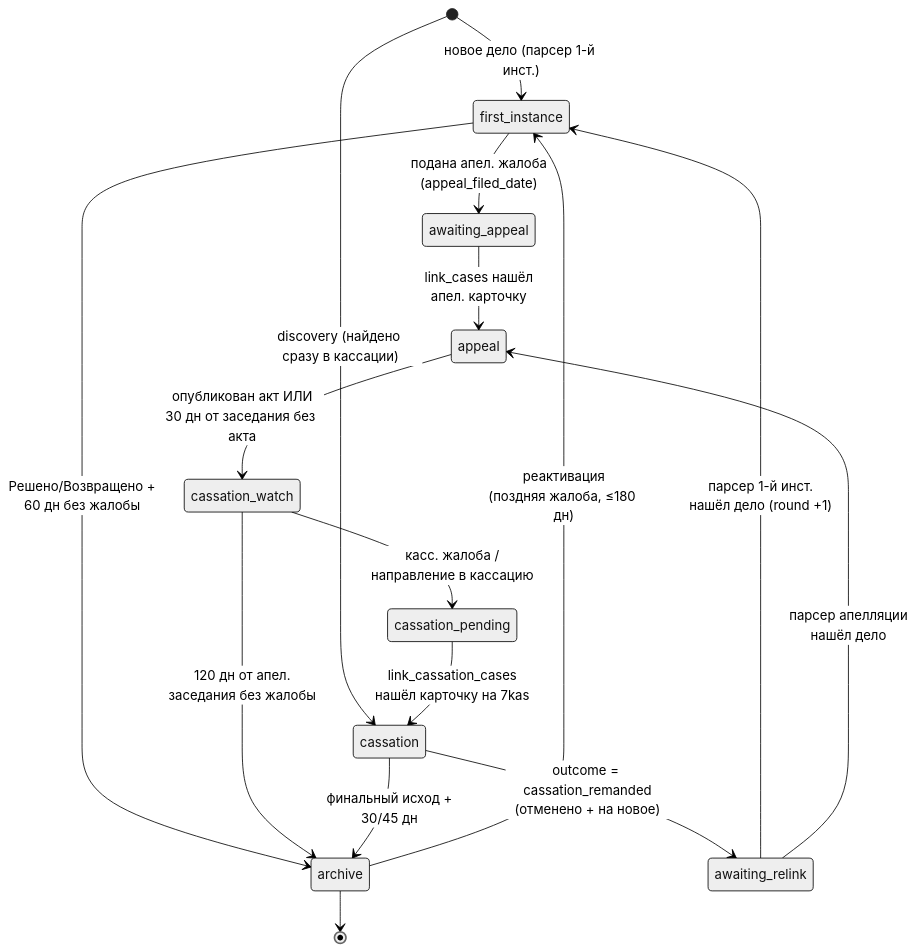
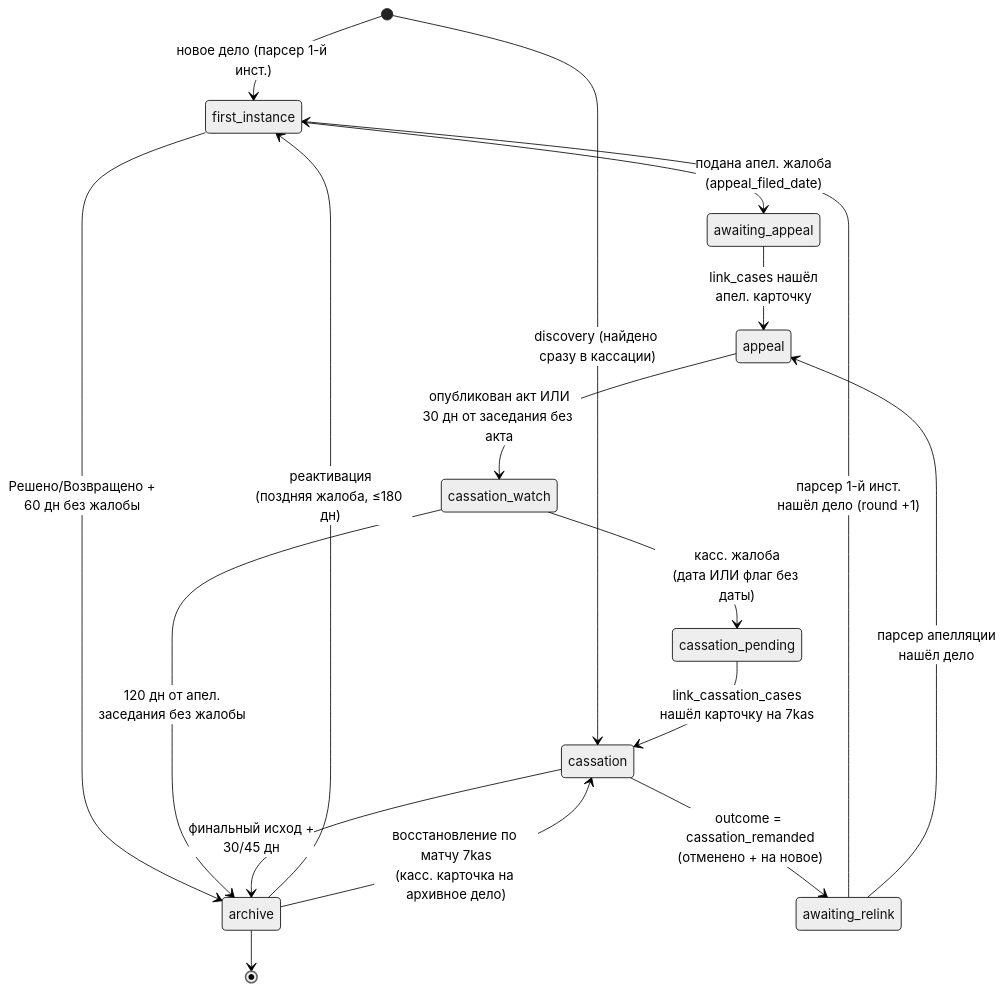
The diagram in docs/technical/03-жизненный-цикл-дела.md (SelivanovAS/dashboard), drawn with Mermaid (neutral theme) before and after one commit. The commit also changed other lines of this file and 9 other files, not shown here.

````diff
--- a/docs/technical/03-жизненный-цикл-дела.md
+++ b/docs/technical/03-жизненный-цикл-дела.md
@@ -31,27 +31,28 @@
 ```mermaid
 stateDiagram-v2
     [*] --> first_instance: новое дело (парсер 1-й инст.)
     [*] --> cassation: discovery (найдено сразу в кассации)
 
     first_instance --> awaiting_appeal: подана апел. жалоба<br/>(appeal_filed_date)
     first_instance --> archive: Решено/Возвращено +<br/>60 дн без жалобы
 
     awaiting_appeal --> appeal: link_cases нашёл<br/>апел. карточку
 
     appeal --> cassation_watch: опубликован акт ИЛИ<br/>30 дн от заседания без акта
 
-    cassation_watch --> cassation_pending: касс. жалоба /<br/>направление в кассацию
+    cassation_watch --> cassation_pending: касс. жалоба<br/>(дата ИЛИ флаг без даты)
     cassation_watch --> archive: 120 дн от апел.<br/>заседания без жалобы
 
     cassation_pending --> cassation: link_cassation_cases<br/>нашёл карточку на 7kas
 
     cassation --> awaiting_relink: outcome = cassation_remanded<br/>(отменено + на новое)
     cassation --> archive: финальный исход +<br/>30/45 дн
 
     awaiting_relink --> first_instance: парсер 1-й инст.<br/>нашёл дело (round +1)
     awaiting_relink --> appeal: парсер апелляции<br/>нашёл дело
 
     archive --> first_instance: реактивация<br/>(поздняя жалоба, ≤180 дн)
+    archive --> cassation: восстановление по матчу 7kas<br/>(касс. карточка на архивное дело)
 
     archive --> [*]
 ```
````
